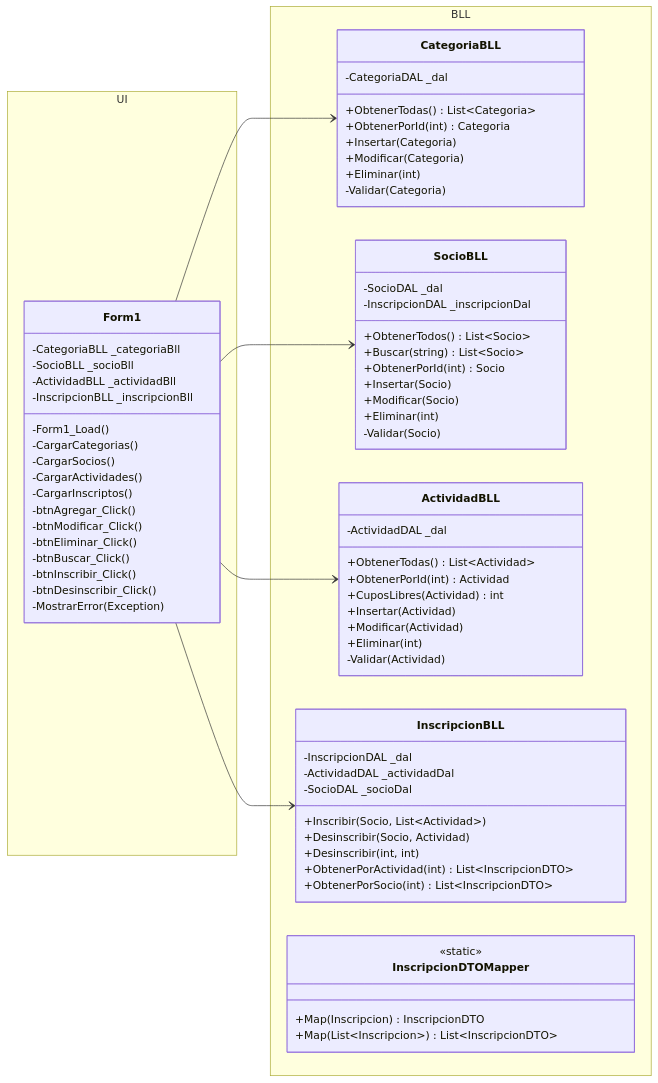
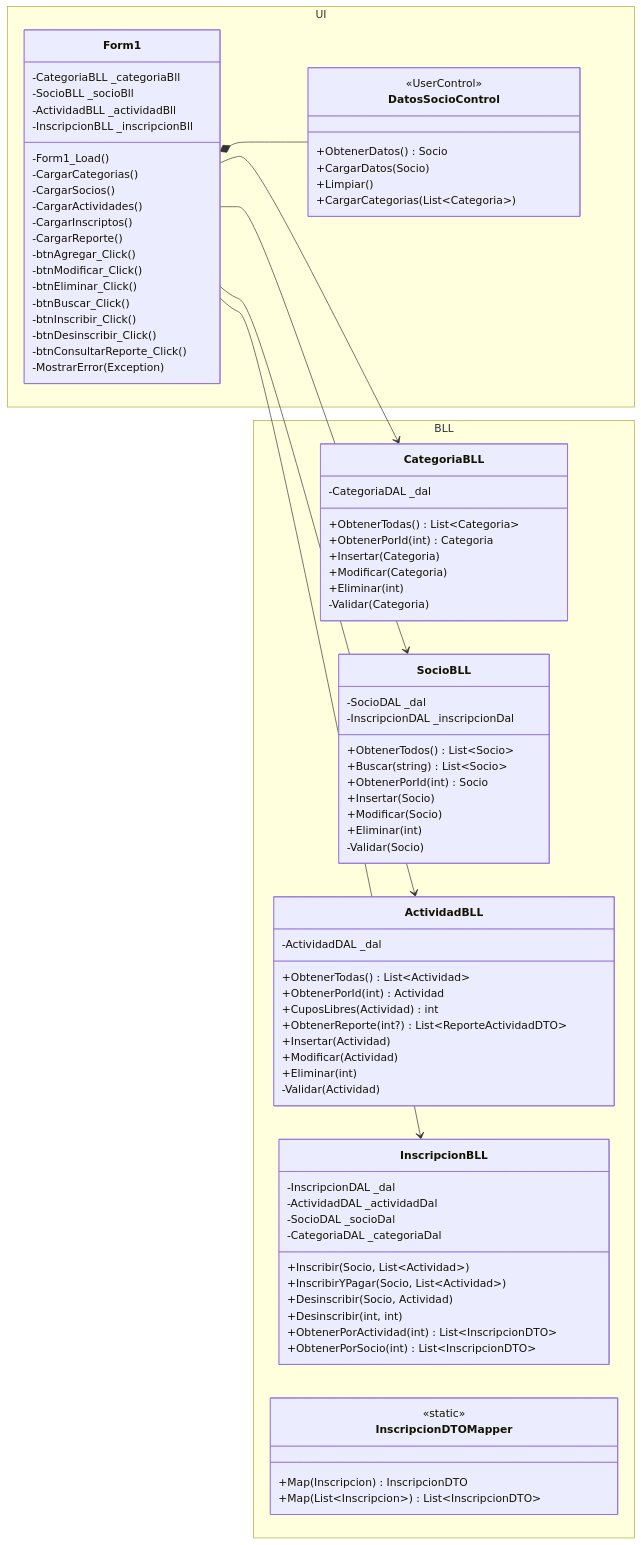
Before and after one commit to lucasgaudino16-dotcom/ClubGestion: the diagram in docs/diagramas/clases-ui-bll.mmd, drawn with Mermaid. The commit also changed 16 other files, not shown here.

Commit message:
Documentacion al dia: reporte, control de socio, inscripcion con pago, integrantes y uso de IA

```diff
--- a/docs/diagramas/clases-ui-bll.mmd
+++ b/docs/diagramas/clases-ui-bll.mmd
@@ -1,76 +1,89 @@
 classDiagram
     direction LR
 
     namespace UI {
         class Form1 {
             -CategoriaBLL _categoriaBll
             -SocioBLL _socioBll
             -ActividadBLL _actividadBll
             -InscripcionBLL _inscripcionBll
             -Form1_Load()
             -CargarCategorias()
             -CargarSocios()
             -CargarActividades()
             -CargarInscriptos()
+            -CargarReporte()
             -btnAgregar_Click()
             -btnModificar_Click()
             -btnEliminar_Click()
             -btnBuscar_Click()
             -btnInscribir_Click()
             -btnDesinscribir_Click()
+            -btnConsultarReporte_Click()
             -MostrarError(Exception)
+        }
+        class DatosSocioControl {
+            <<UserControl>>
+            +ObtenerDatos() Socio
+            +CargarDatos(Socio)
+            +Limpiar()
+            +CargarCategorias(List~Categoria~)
         }
     }
 
     namespace BLL {
         class CategoriaBLL {
             -CategoriaDAL _dal
             +ObtenerTodas() List~Categoria~
             +ObtenerPorId(int) Categoria
             +Insertar(Categoria)
             +Modificar(Categoria)
             +Eliminar(int)
             -Validar(Categoria)
         }
         class SocioBLL {
             -SocioDAL _dal
             -InscripcionDAL _inscripcionDal
             +ObtenerTodos() List~Socio~
             +Buscar(string) List~Socio~
             +ObtenerPorId(int) Socio
             +Insertar(Socio)
             +Modificar(Socio)
             +Eliminar(int)
             -Validar(Socio)
         }
         class ActividadBLL {
             -ActividadDAL _dal
             +ObtenerTodas() List~Actividad~
             +ObtenerPorId(int) Actividad
             +CuposLibres(Actividad) int
+            +ObtenerReporte(int?) List~ReporteActividadDTO~
             +Insertar(Actividad)
             +Modificar(Actividad)
             +Eliminar(int)
             -Validar(Actividad)
         }
         class InscripcionBLL {
             -InscripcionDAL _dal
             -ActividadDAL _actividadDal
             -SocioDAL _socioDal
+            -CategoriaDAL _categoriaDal
             +Inscribir(Socio, List~Actividad~)
+            +InscribirYPagar(Socio, List~Actividad~)
             +Desinscribir(Socio, Actividad)
             +Desinscribir(int, int)
             +ObtenerPorActividad(int) List~InscripcionDTO~
             +ObtenerPorSocio(int) List~InscripcionDTO~
         }
         class InscripcionDTOMapper {
             <<static>>
             +Map(Inscripcion) InscripcionDTO
             +Map(List~Inscripcion~) List~InscripcionDTO~
         }
     }
 
+    Form1 *-- DatosSocioControl
     Form1 --> CategoriaBLL
     Form1 --> SocioBLL
     Form1 --> ActividadBLL
     Form1 --> InscripcionBLL
```
